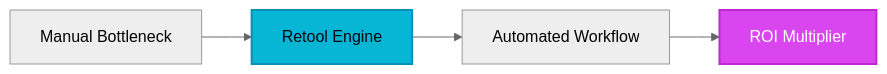
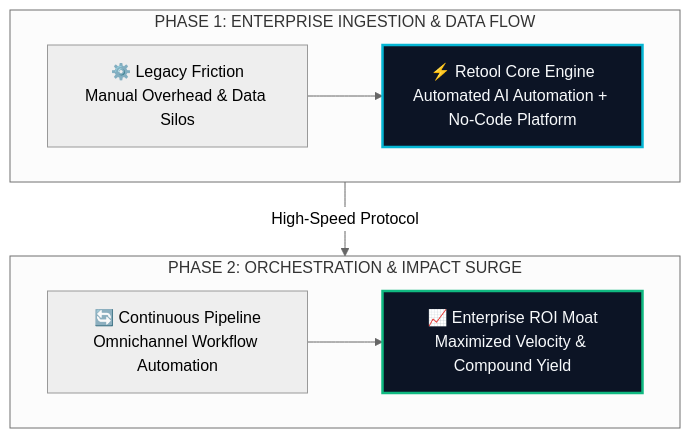
One commit to heliatech-media/saas-radar changed the diagram in site/src/content/blog/retool.md. Above: the diagram before and after it, drawn with Mermaid (neutral theme). The commit also changed 97 other files, not shown here.

First line of the commit message:
feat(diagrams): upgrade all article architecture schemas to high-impact 2-tier responsive vector blueprints

````diff
--- a/site/src/content/blog/retool.md
+++ b/site/src/content/blog/retool.md
@@ -51,8 +51,14 @@
 ```mermaid
-flowchart LR
-    A[Manual Bottleneck] --> B[Retool Engine]
-    B --> C[Automated Workflow]
-    C --> D[ROI Multiplier]
-    style B fill:#06b6d4,stroke:#0891b2,stroke-width:2px,color:#030712
-    style D fill:#d946ef,stroke:#c026d3,stroke-width:2px,color:#ffffff
+flowchart TD
+    subgraph S1["PHASE 1: ENTERPRISE INGESTION & DATA FLOW"]
+        direction LR
+        A["⚙️ Legacy Friction<br/>Manual Overhead & Data Silos"] --> B["⚡ Retool Core Engine<br/>Automated AI Automation + No-Code Platform"]
+    end
+    subgraph S2["PHASE 2: ORCHESTRATION & IMPACT SURGE"]
+        direction LR
+        C["🔄 Continuous Pipeline<br/>Omnichannel Workflow Automation"] --> D["📈 Enterprise ROI Moat<br/>Maximized Velocity & Compound Yield"]
+    end
+    S1 -->|High-Speed Protocol| S2
+    style B fill:#0c1425,stroke:#06b6d4,stroke-width:2.5px,color:#f8fafc
+    style D fill:#0c1425,stroke:#10b981,stroke-width:2.5px,color:#f8fafc
 ```
````
